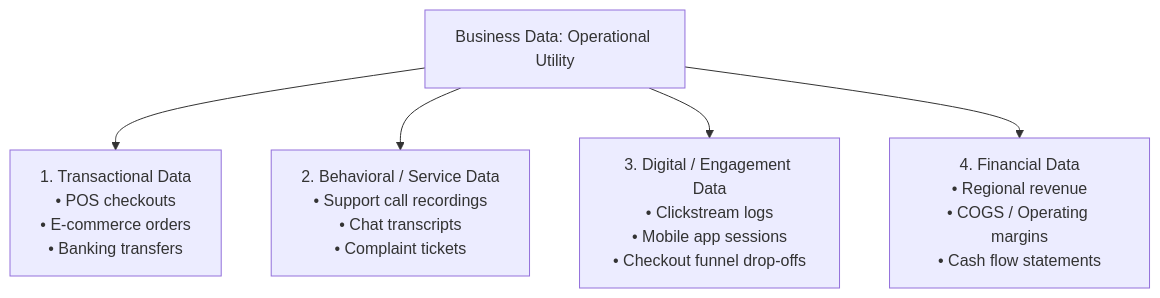
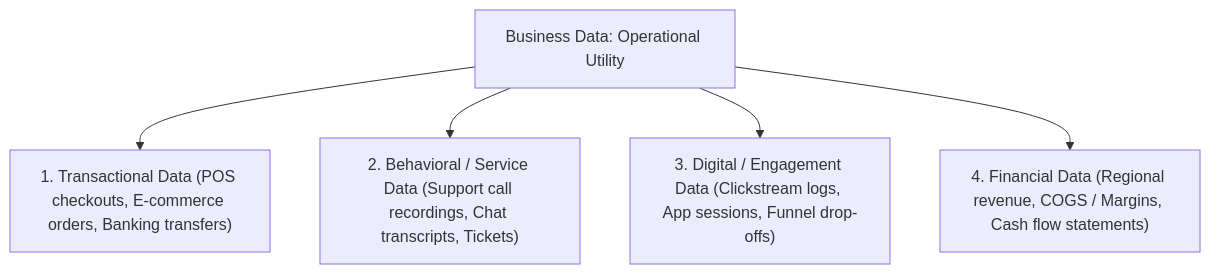
One commit to DeepLumiere/DeepSkills changed the first of 27 diagrams in notes/data_analysis/Unit_2_notes.md. Above: the diagram before and after it, drawn with Mermaid. The commit also changed other lines of this file and 56 other files, not shown here.

````diff
--- a/notes/data_analysis/Unit_2_notes.md
+++ b/notes/data_analysis/Unit_2_notes.md
@@ -205,9 +205,9 @@
 ```mermaid
 flowchart TD
     BD["Business Data: Operational Utility"]
 
-    BD --> C1["1. Transactional Data<br/>• POS checkouts<br/>• E-commerce orders<br/>• Banking transfers"]
-    BD --> C2["2. Behavioral / Service Data<br/>• Support call recordings<br/>• Chat transcripts<br/>• Complaint tickets"]
-    BD --> C3["3. Digital / Engagement Data<br/>• Clickstream logs<br/>• Mobile app sessions<br/>• Checkout funnel drop-offs"]
-    BD --> C4["4. Financial Data<br/>• Regional revenue<br/>• COGS / Operating margins<br/>• Cash flow statements"]
+    BD --> C1["1. Transactional Data (POS checkouts, E-commerce orders, Banking transfers)"]
+    BD --> C2["2. Behavioral / Service Data (Support call recordings, Chat transcripts, Tickets)"]
+    BD --> C3["3. Digital / Engagement Data (Clickstream logs, App sessions, Funnel drop-offs)"]
+    BD --> C4["4. Financial Data (Regional revenue, COGS / Margins, Cash flow statements)"]
 ```
````
